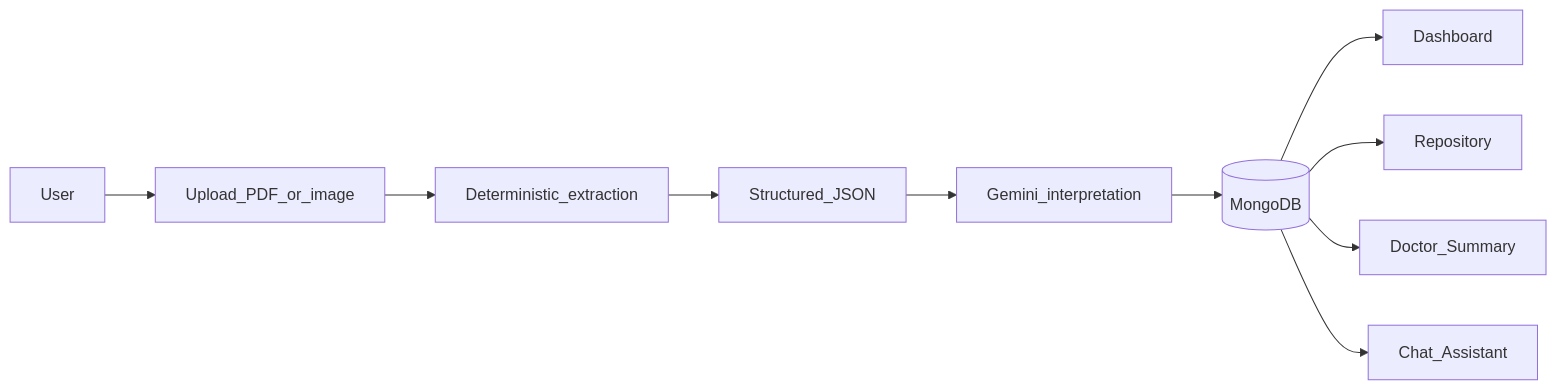
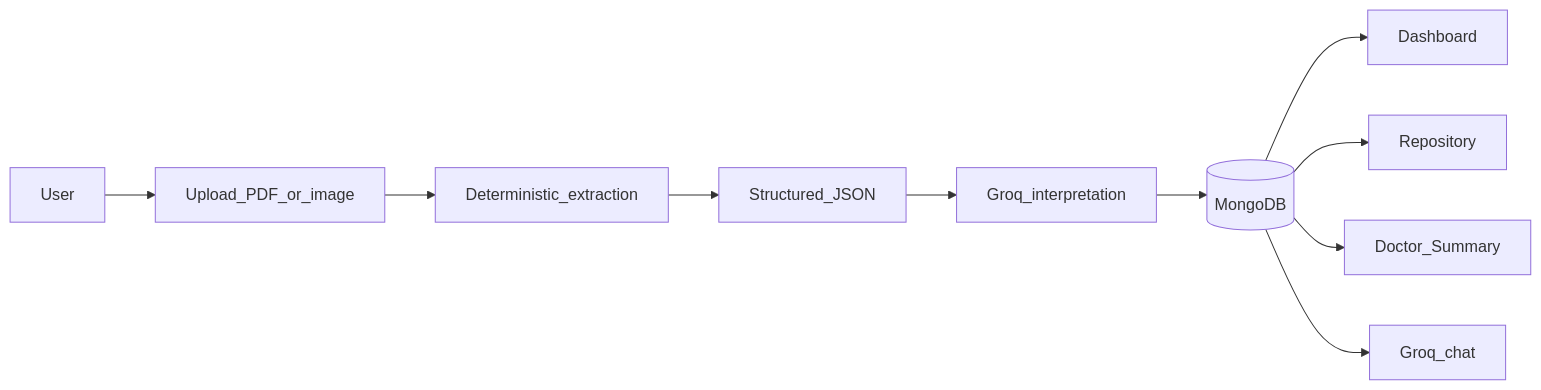
One commit to igaryanthakur/HealthLens changed the first of 2 diagrams in PROJECT_CONTEXT.md. Above: the diagram before and after it, drawn with Mermaid. The commit also changed other lines of this file and 26 other files, not shown here.

Commit message:
Groq/Gemini split

````diff
--- a/PROJECT_CONTEXT.md
+++ b/PROJECT_CONTEXT.md
@@ -29,12 +29,12 @@
 ```mermaid
 flowchart LR
   user[User] --> upload[Upload_PDF_or_image]
   upload --> extract[Deterministic_extraction]
   extract --> structured[Structured_JSON]
-  structured --> interpret[Gemini_interpretation]
+  structured --> interpret[Groq_interpretation]
   interpret --> mongo[(MongoDB)]
   mongo --> dash[Dashboard]
   mongo --> repo[Repository]
   mongo --> doc[Doctor_Summary]
-  mongo --> chat[Chat_Assistant]
+  mongo --> chat[Groq_chat]
 ```
````
